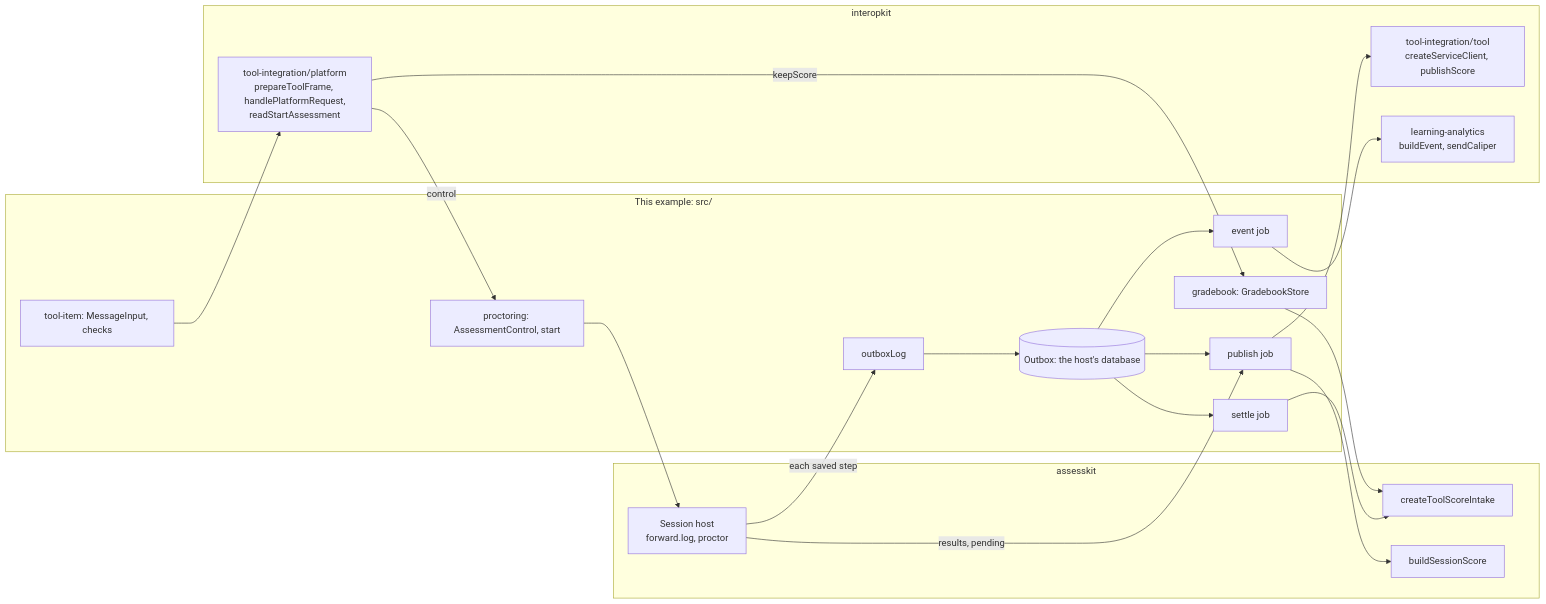
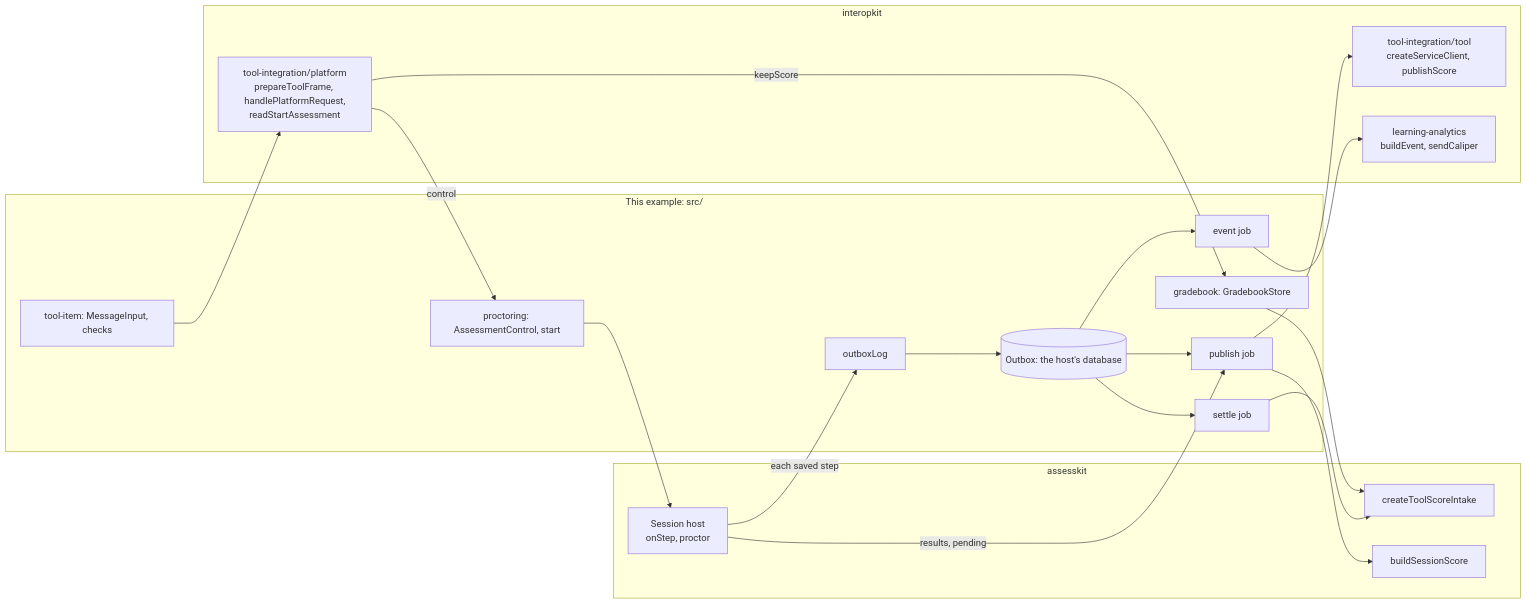
Before and after one commit to assesskit/assesskit: the diagram in examples/player/lms-integration/README.md, drawn with Mermaid. The commit also changed other lines of this file and 19 other files, not shown here.

````diff
--- a/examples/player/lms-integration/README.md
+++ b/examples/player/lms-integration/README.md
@@ -7,34 +7,34 @@
 ```mermaid
 flowchart LR
   subgraph assesskit["assesskit"]
-    host["Session host<br/>forward.log, proctor"]
+    host["Session host<br/>onStep, proctor"]
     intake["createToolScoreIntake"]
     score["buildSessionScore"]
   end
   subgraph example["This example: src/"]
     log["outboxLog"] --> outbox[("Outbox: the host's database")]
     settle["settle job"]
     events["event job"]
     publish["publish job"]
     item["tool-item: MessageInput, checks"]
     gradebook["gradebook: GradebookStore"]
     proctoring["proctoring: AssessmentControl, start"]
   end
   subgraph kit["interopkit"]
     platform["tool-integration/platform<br/>prepareToolFrame, handlePlatformRequest,<br/>readStartAssessment"]
     tool["tool-integration/tool<br/>createServiceClient, publishScore"]
     analytics["learning-analytics<br/>buildEvent, sendCaliper"]
   end
   host -->|each saved step| log
   outbox --> settle --> intake
   outbox --> events --> analytics
   outbox --> publish
   host -->|results, pending| publish
   publish --> score
   publish --> tool
   item --> platform
   platform -->|keepScore| gradebook
   gradebook --> intake
   platform -->|control| proctoring
   proctoring --> host
 ```
````
